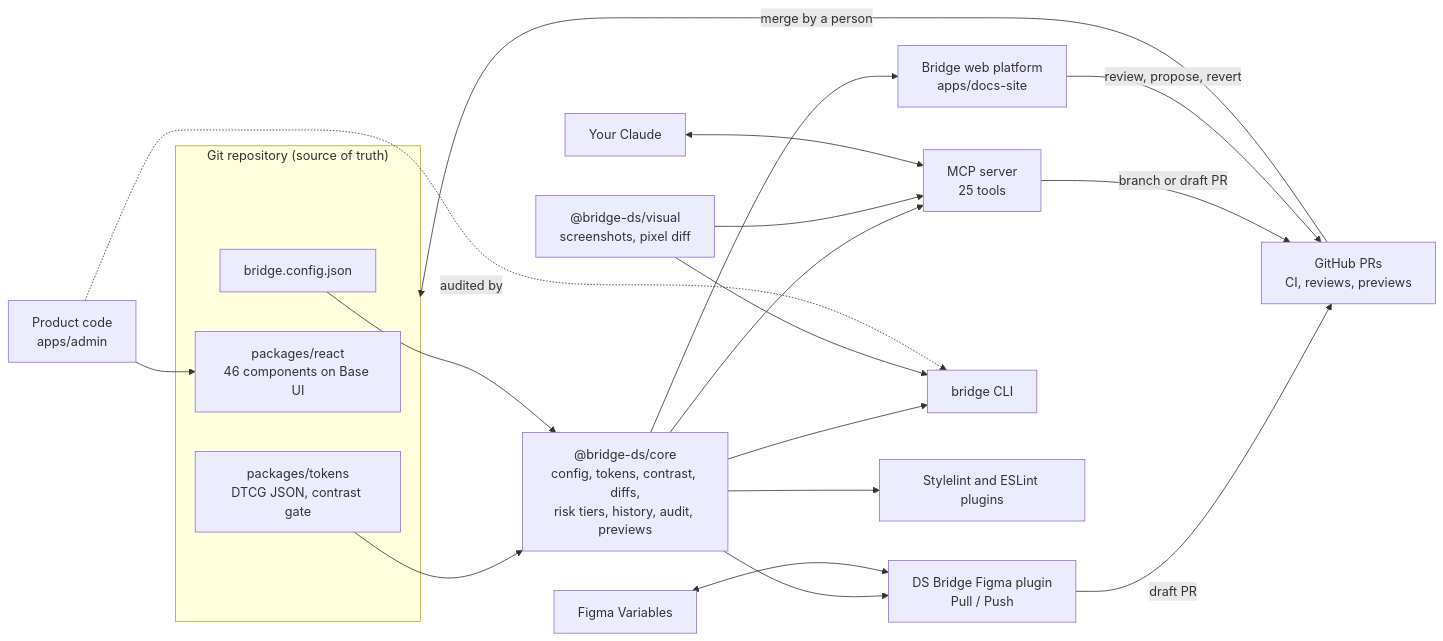
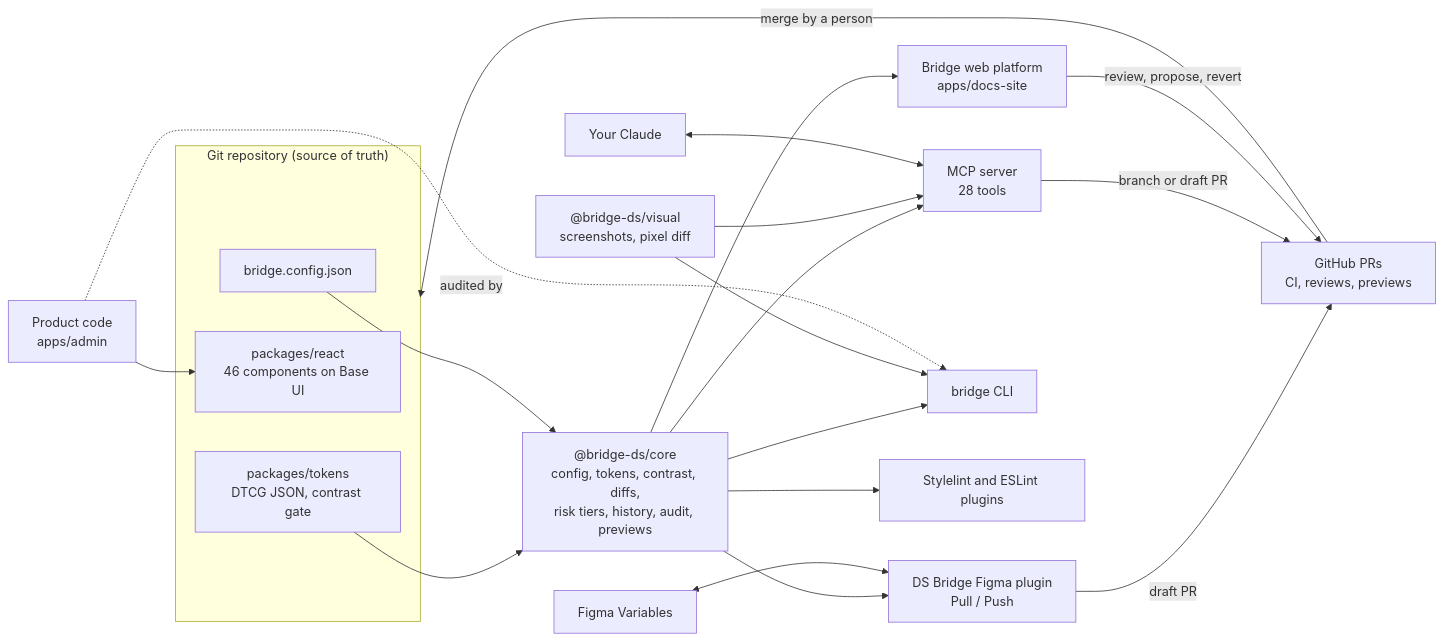
The diagram in README.md (peterbono/ai-design-system-demo), drawn with Mermaid before and after one commit. The commit also changed other lines of this file and 16 other files, not shown here.

````diff
--- a/README.md
+++ b/README.md
@@ -108,31 +108,31 @@
 ```mermaid
 flowchart LR
   subgraph repo["Git repository (source of truth)"]
     tokens["packages/tokens<br/>DTCG JSON, contrast gate"]
     react["packages/react<br/>46 components on Base UI"]
     config["bridge.config.json"]
   end
 
   core["@bridge-ds/core<br/>config, tokens, contrast, diffs,<br/>risk tiers, history, audit, previews"]
 
   tokens --> core
   config --> core
 
   core --> docs["Bridge web platform<br/>apps/docs-site"]
   core --> plugin["DS Bridge Figma plugin<br/>Pull / Push"]
-  core --> mcp["MCP server<br/>25 tools"]
+  core --> mcp["MCP server<br/>28 tools"]
   core --> cli["bridge CLI"]
   core --> lint["Stylelint and ESLint plugins"]
   visual["@bridge-ds/visual<br/>screenshots, pixel diff"] --> cli
   visual --> mcp
 
   claude["Your Claude"] <--> mcp
   figma["Figma Variables"] <--> plugin
   product["Product code<br/>apps/admin"] --> react
   product -. audited by .-> cli
 
   plugin -- draft PR --> gh["GitHub PRs<br/>CI, reviews, previews"]
   mcp -- branch or draft PR --> gh
   docs -- review, propose, revert --> gh
   gh -- merge by a person --> repo
 ```
````
